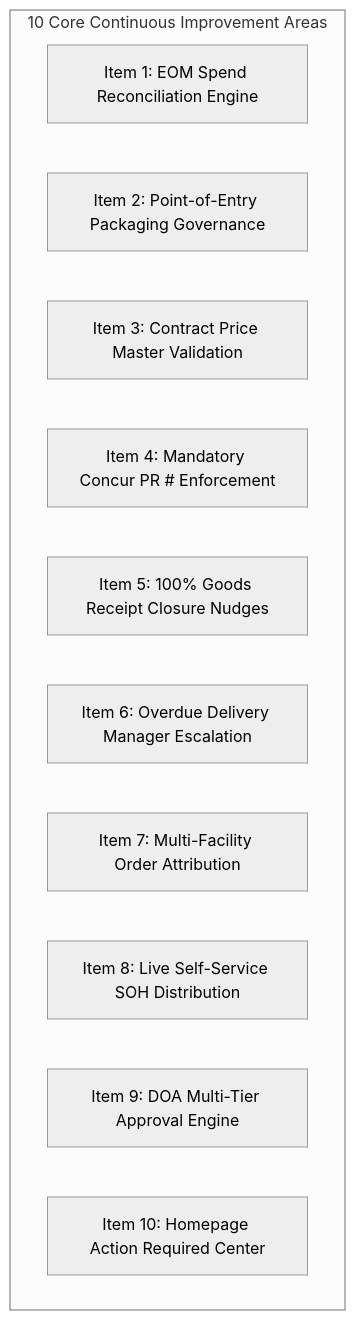
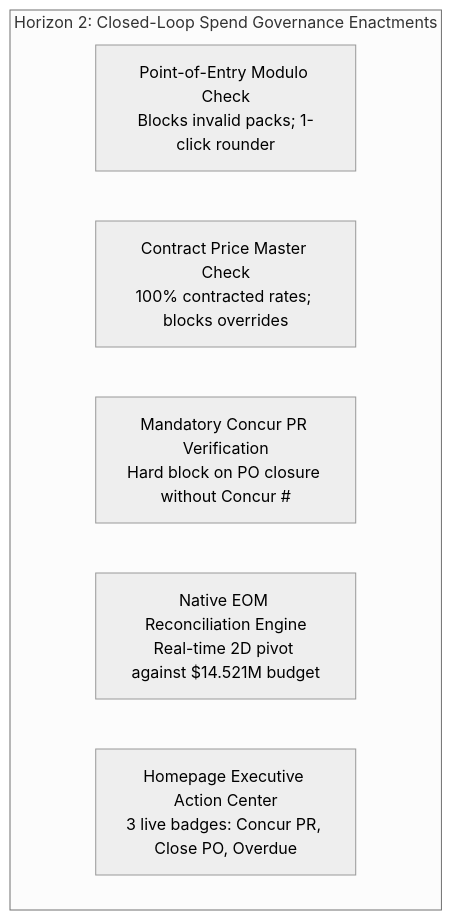
The fifth of 8 diagrams in docs/PROCUREFLOW_DEVELOPMENT_ACTION_PLAN.md (SPLGit-Project/ProcureFlow-App), drawn with Mermaid (neutral theme) before and after one commit. The commit also changed other lines of this file and 2 other files, not shown here.

Commit message:
docs: elevate executive action plan and presentation deck to v5.0 with full RACI, value realization, 12-slide executive deck, and speaker notes

````diff
--- a/docs/PROCUREFLOW_DEVELOPMENT_ACTION_PLAN.md
+++ b/docs/PROCUREFLOW_DEVELOPMENT_ACTION_PLAN.md
@@ -109,15 +153,10 @@
 ```mermaid
 flowchart TD
-    subgraph TenActionItems ["10 Core Continuous Improvement Areas"]
-        A1["Item 1: EOM Spend Reconciliation Engine"]
-        A2["Item 2: Point-of-Entry Packaging Governance"]
-        A3["Item 3: Contract Price Master Validation"]
-        A4["Item 4: Mandatory Concur PR # Enforcement"]
-        A5["Item 5: 100% Goods Receipt Closure Nudges"]
-        A6["Item 6: Overdue Delivery Manager Escalation"]
-        A7["Item 7: Multi-Facility Order Attribution"]
-        A8["Item 8: Live Self-Service SOH Distribution"]
-        A9["Item 9: DOA Multi-Tier Approval Engine"]
-        A10["Item 10: Homepage Action Required Center"]
+    subgraph GovernanceEngine ["Horizon 2: Closed-Loop Spend Governance Enactments"]
+        G1["Point-of-Entry Modulo Check<br/>Blocks invalid packs; 1-click rounder"]
+        G2["Contract Price Master Check<br/>100% contracted rates; blocks overrides"]
+        G3["Mandatory Concur PR Verification<br/>Hard block on PO closure without Concur #"]
+        G4["Native EOM Reconciliation Engine<br/>Real-time 2D pivot against $14.521M budget"]
+        G5["Homepage Executive Action Center<br/>3 live badges: Concur PR, Close PO, Overdue"]
     end
 ```
````
